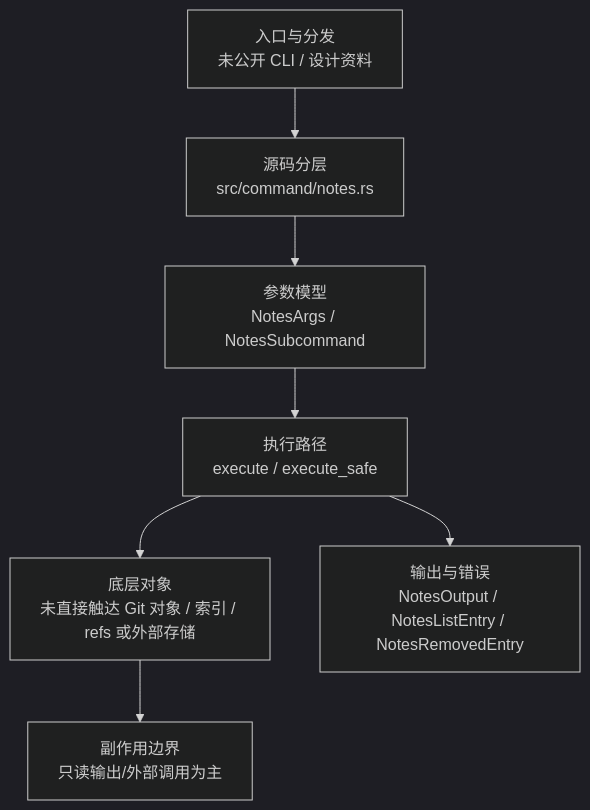
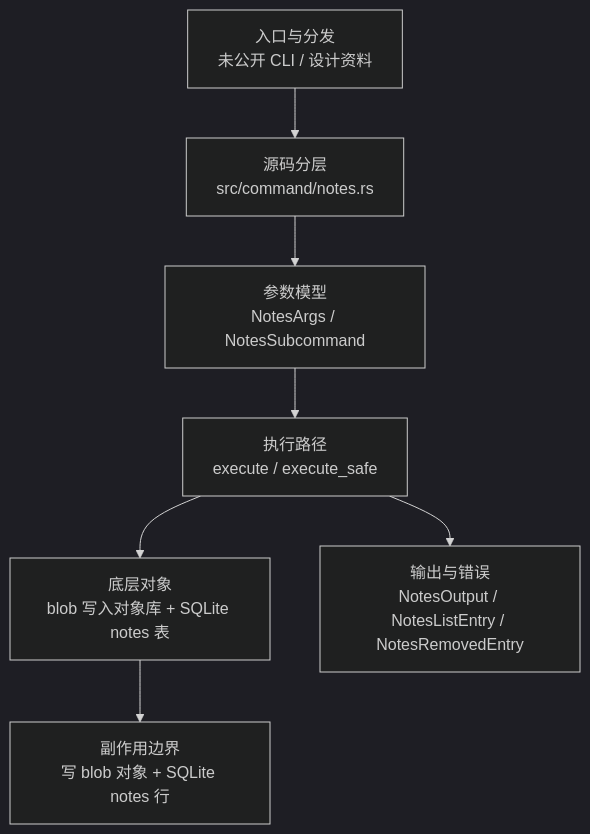
Before and after one commit to web3infra-foundation/libra: the diagram in docs/development/commands/notes.md, drawn with Mermaid (dark theme). The commit also changed other lines of this file and 65 other files, not shown here.

````diff
--- a/docs/development/commands/notes.md
+++ b/docs/development/commands/notes.md
@@ -22,9 +22,9 @@
 ```mermaid
 flowchart TD
     A["入口与分发<br/>未公开 CLI / 设计资料"] --> B["源码分层<br/>src/command/notes.rs"]
     B --> C["参数模型<br/>NotesArgs / NotesSubcommand"]
     C --> D["执行路径<br/>execute / execute_safe"]
-    D --> E["底层对象<br/>未直接触达 Git 对象 / 索引 / refs 或外部存储"]
+    D --> E["底层对象<br/>blob 写入对象库 + SQLite notes 表"]
     D --> F["输出与错误<br/>NotesOutput / NotesListEntry / NotesRemovedEntry"]
-    E --> G["副作用边界<br/>只读输出/外部调用为主"]
+    E --> G["副作用边界<br/>写 blob 对象 + SQLite notes 行"]
 ```
````
